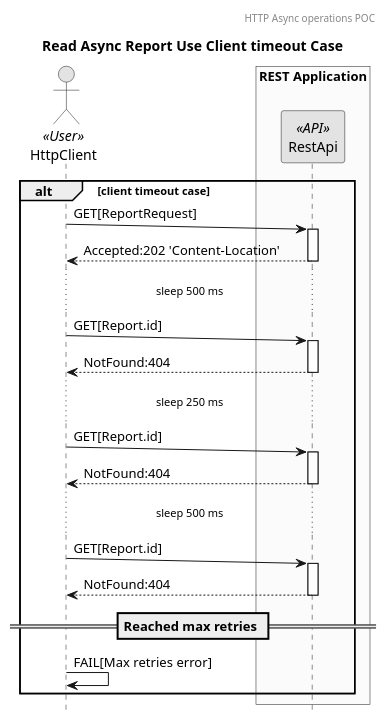
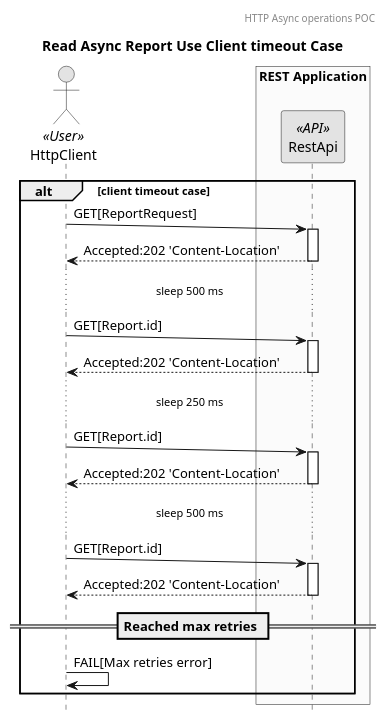
Before and after one commit to butcherless/dependency-analyzer: the diagram in docs/read-202-resource-client-timeout.puml, drawn with PlantUML. The commit also changed 3 other files, not shown here.

```diff
--- a/docs/read-202-resource-client-timeout.puml
+++ b/docs/read-202-resource-client-timeout.puml
@@ -1,31 +1,31 @@
 @startuml
 skinparam monochrome true
 skinparam BoxPadding 5
 header HTTP Async operations POC
 title Read Async Report Use Client timeout Case
 
 hide footbox
 actor HttpClient as user << User >>
 
 box "REST Application" #FBFBFB
  participant "RestApi" as api << API >>
 end box
 
 alt client timeout case
 user ->(5) api ++: GET[ReportRequest]
 api --> user --: Accepted:202 'Content-Location'
 ...sleep 500 ms...
 user ->(5) api ++: GET[Report.id]
-api --> user --: NotFound:404
+api --> user --: Accepted:202 'Content-Location'
 ...sleep 250 ms...
 user ->(5) api ++: GET[Report.id]
-api --> user --: NotFound:404
+api --> user --: Accepted:202 'Content-Location'
 ...sleep 500 ms...
 user ->(5) api ++: GET[Report.id]
-api --> user --: NotFound:404
+api --> user --: Accepted:202 'Content-Location'
 
 == Reached max retries ==
 
 user -> user: FAIL[Max retries error]
 end
 @enduml
```
